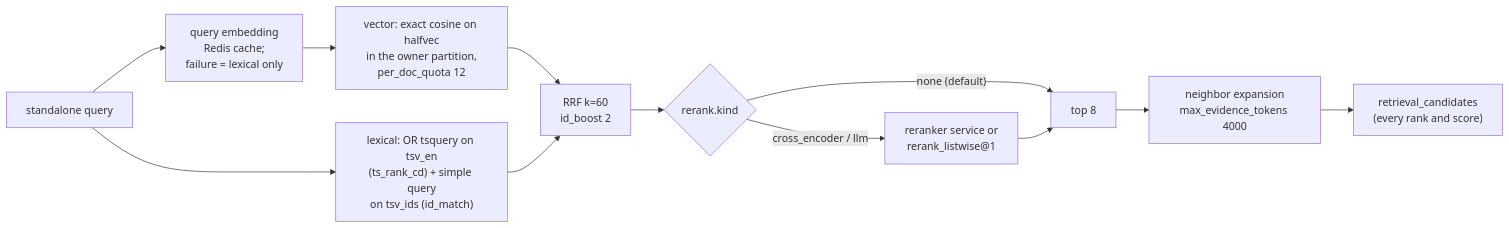
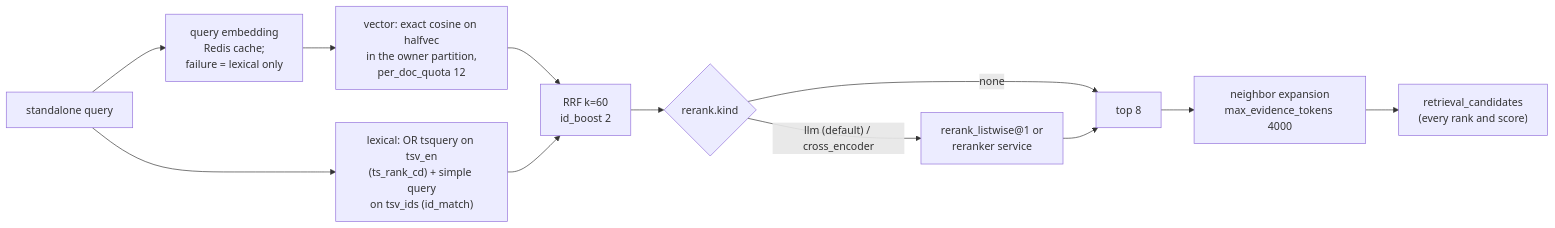
Before and after one commit to Madhav2310/Vault-System: the fourth of 5 diagrams in ARCHITECTURE.md, drawn with Mermaid. The commit also changed other lines of this file and 7 other files, not shown here.

````diff
--- a/ARCHITECTURE.md
+++ b/ARCHITECTURE.md
@@ -236,13 +236,13 @@
 ```mermaid
 flowchart LR
     q["standalone query"] --> emb["query embedding<br/>Redis cache;<br/>failure = lexical only"]
     q --> lex["lexical: OR tsquery on tsv_en<br/>(ts_rank_cd) + simple query<br/>on tsv_ids (id_match)"]
     emb --> vec["vector: exact cosine on halfvec<br/>in the owner partition,<br/>per_doc_quota 12"]
     vec --> rrf["RRF k=60<br/>id_boost 2"]
     lex --> rrf
     rrf --> rr{"rerank.kind"}
-    rr -->|"none (default)"| top["top 8"]
-    rr -->|"cross_encoder / llm"| rer["reranker service or<br/>rerank_listwise@1"] --> top
+    rr -->|"none"| top["top 8"]
+    rr -->|"llm (default) / cross_encoder"| rer["rerank_listwise@1 or<br/>reranker service"] --> top
     top --> exp["neighbor expansion<br/>max_evidence_tokens 4000"]
     exp --> rec["retrieval_candidates<br/>(every rank and score)"]
 ```
````
